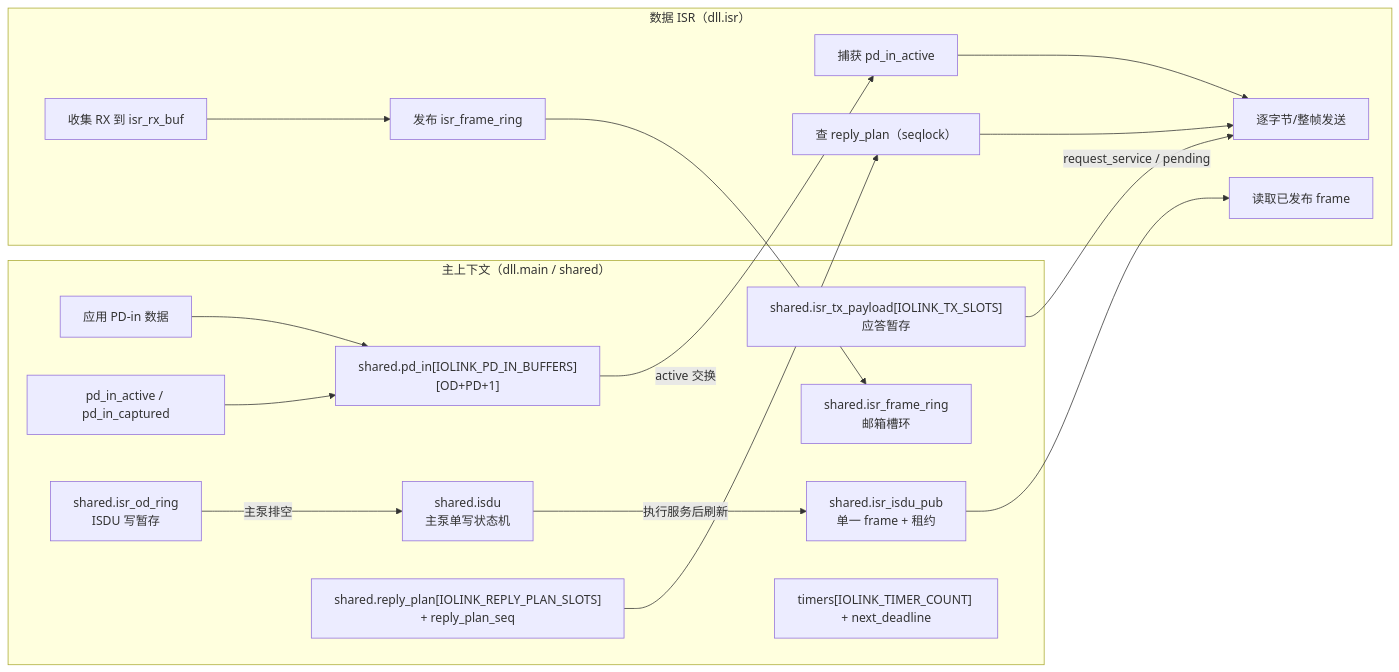
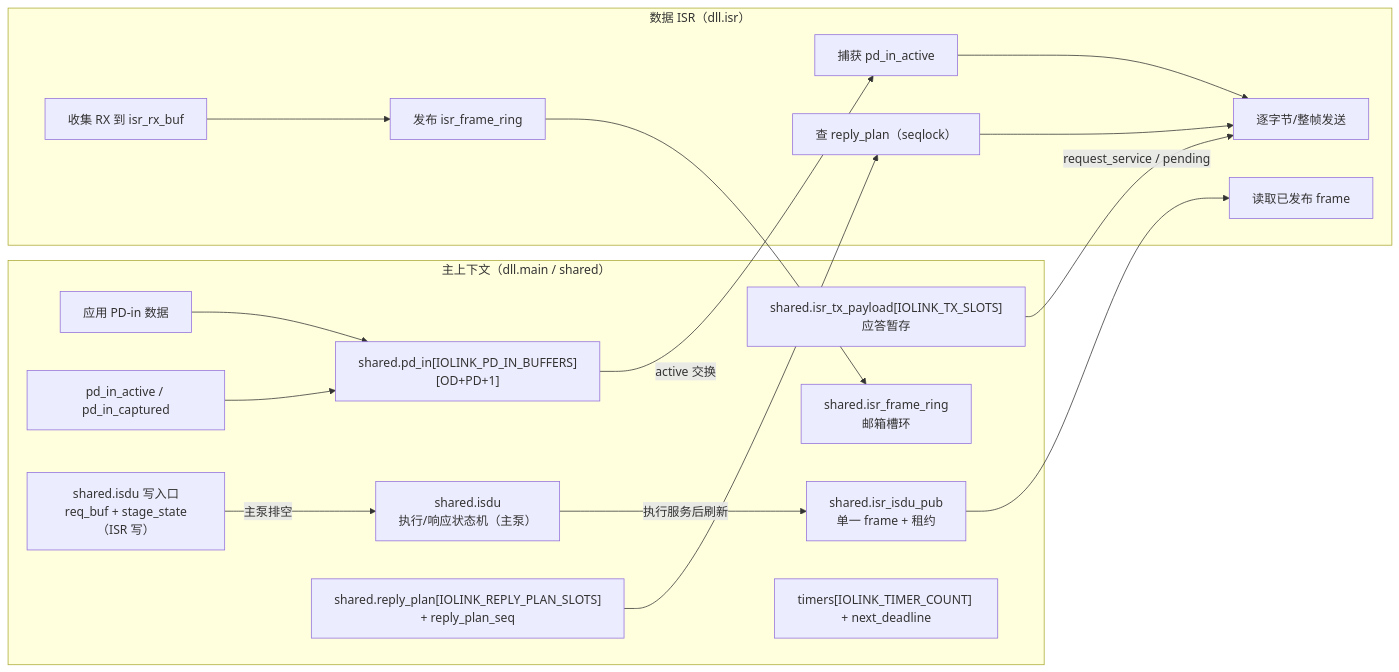
One commit to Adlyq/iolinki changed diagram 16 of 16 in docs/CODE_FLOW.md. Above: the diagram before and after it, drawn with Mermaid. The commit also changed other lines of this file and 25 other files, not shown here.

First line of the commit message:
refactor(isdu)!: ingest ISDU writes in the ISR with positional de-dup

````diff
--- a/docs/CODE_FLOW.md
+++ b/docs/CODE_FLOW.md
@@ -943,35 +943,35 @@
 ```mermaid
 flowchart LR
     subgraph MAIN["主上下文（dll.main / shared）"]
         M1["应用 PD-in 数据"]
         M2["shared.pd_in[IOLINK_PD_IN_BUFFERS][OD+PD+1]"]
         M3["pd_in_active / pd_in_captured"]
         M4["shared.isr_tx_payload[IOLINK_TX_SLOTS]<br/>应答暂存"]
-        M5["shared.isr_od_ring<br/>ISDU 写暂存"]
-        M8["shared.isdu<br/>主泵单写状态机"]
+        M5["shared.isdu 写入口<br/>req_buf + stage_state（ISR 写）"]
+        M8["shared.isdu<br/>执行/响应状态机（主泵）"]
         M6["shared.isr_isdu_pub<br/>单一 frame + 租约"]
         M7["shared.isr_frame_ring<br/>邮箱槽环"]
         M9["shared.reply_plan[IOLINK_REPLY_PLAN_SLOTS]<br/>+ reply_plan_seq"]
         M10["timers[IOLINK_TIMER_COUNT] + next_deadline"]
     end
     subgraph ISR["数据 ISR（dll.isr）"]
         I1["捕获 pd_in_active"]
         I2["逐字节/整帧发送"]
         I3["收集 RX 到 isr_rx_buf"]
         I4["读取已发布 frame"]
         I5["发布 isr_frame_ring"]
         I6["查 reply_plan（seqlock）"]
     end
     M1 --> M2
     M3 --> M2
     M2 -->|active 交换| I1
     I1 --> I2
     M4 -->|request_service / pending| I2
     M5 -->|主泵排空| M8
     M8 -->|执行服务后刷新| M6
     M6 --> I4
     M9 --> I6
     I6 --> I2
     I3 --> I5
     I5 --> M7
 ```
````
